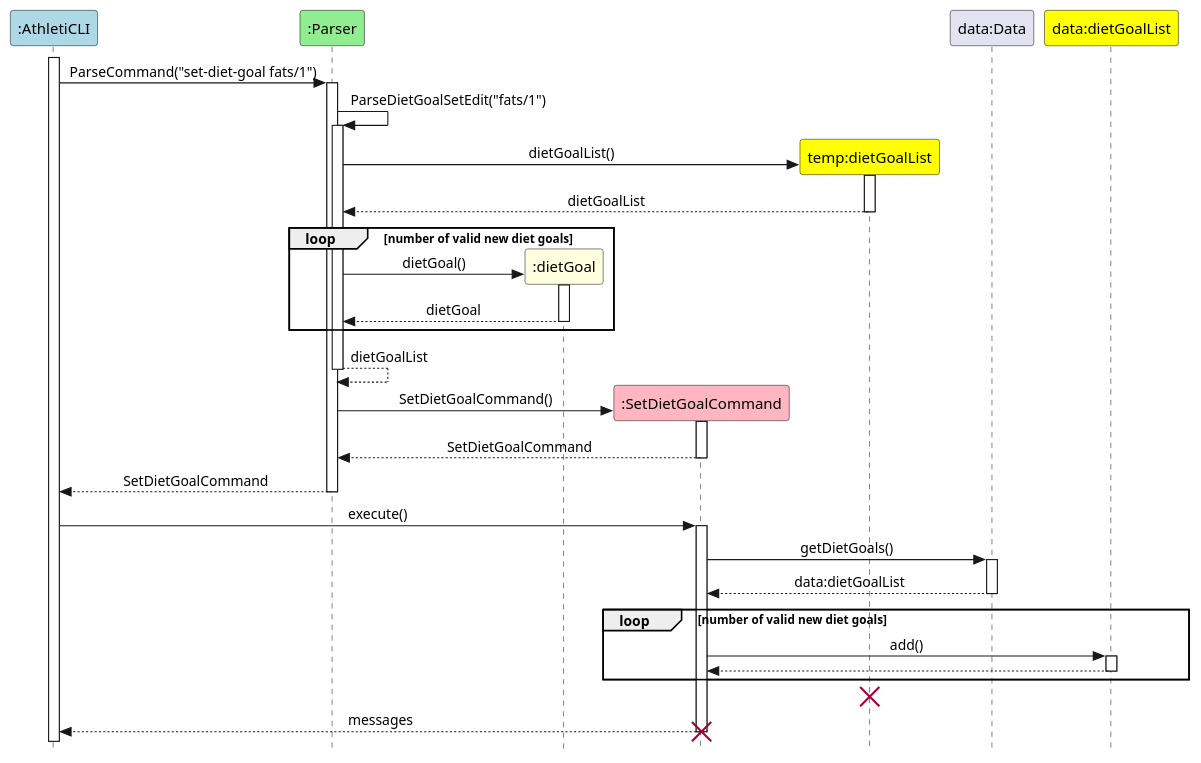
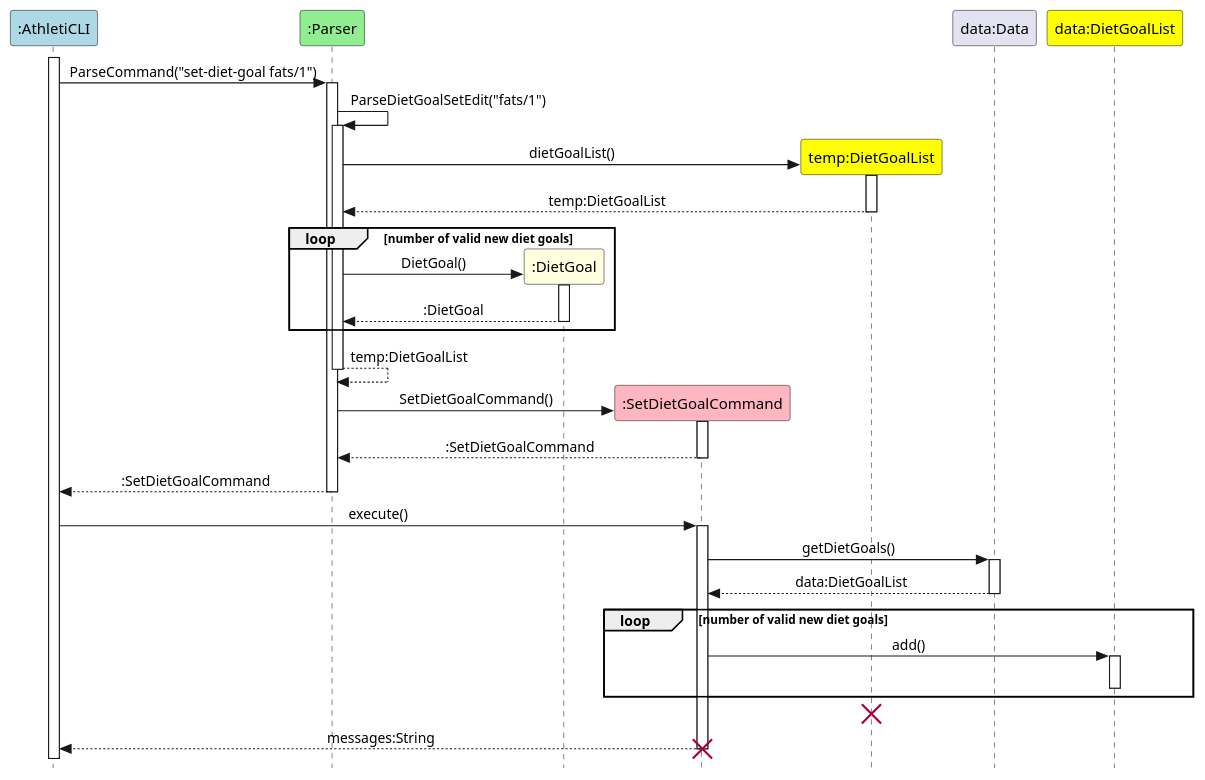
The diagram in docs/puml/DietGoals.puml (AY2324S1-CS2113-T17-1/tp), drawn with PlantUML before and after one commit. The commit also changed 2 other files, not shown here.

Commit message:
Edit errors on UML diagram pointed out by TA and minor edits

```diff
--- a/docs/puml/DietGoals.puml
+++ b/docs/puml/DietGoals.puml
@@ -1,47 +1,50 @@
 @startuml
 'https://plantuml.com/sequence-diagram
 skinparam Style strictuml
 skinparam SequenceMessageAlignment center
 participant ":AthletiCLI" as AthletiCLI #lightblue
 participant ":Parser" as Parser #lightgreen
-participant ":dietGoal" as dietGoal #lightyellow
+participant ":DietGoal" as dietGoal #lightyellow
 participant ":SetDietGoalCommand" as SetDietGoalCommand #lightpink
-participant "temp:dietGoalList" as tempDietGoalList #yellow
+participant "temp:DietGoalList" as tempDietGoalList #yellow
 participant "data:Data" as dataData
-participant "data:dietGoalList" as dataDietGoalList #yellow
+participant "data:DietGoalList" as dataDietGoalList #yellow
 
 
 'autonumber
 AthletiCLI++
 AthletiCLI -> Parser++ : ParseCommand("set-diet-goal fats/1")
 Parser -> Parser++ : ParseDietGoalSetEdit("fats/1")
 create tempDietGoalList
 Parser -> tempDietGoalList++ : dietGoalList()
-tempDietGoalList --> Parser-- : dietGoalList
+tempDietGoalList --> Parser-- : temp:DietGoalList
 
     loop number of valid new diet goals
     create dietGoal
-    Parser -> dietGoal++ : dietGoal()
-    dietGoal --> Parser-- : dietGoal
+    Parser -> dietGoal++ : DietGoal()
+    dietGoal --> Parser-- : :DietGoal
     end
 
-Parser --> Parser-- : dietGoalList
+Parser --> Parser-- : temp:DietGoalList
 create SetDietGoalCommand
 Parser -> SetDietGoalCommand++ : SetDietGoalCommand()
-SetDietGoalCommand --> Parser-- : SetDietGoalCommand
-Parser --> AthletiCLI-- : SetDietGoalCommand
+SetDietGoalCommand --> Parser-- : :SetDietGoalCommand
+Parser --> AthletiCLI-- : :SetDietGoalCommand
 AthletiCLI -> SetDietGoalCommand++ : execute()
 SetDietGoalCommand -> dataData++ : getDietGoals()
-dataData --> SetDietGoalCommand-- : data:dietGoalList
+dataData --> SetDietGoalCommand-- : data:DietGoalList
 
     loop number of valid new diet goals
     SetDietGoalCommand -> dataDietGoalList++ : add()
-    dataDietGoalList --> SetDietGoalCommand--
+
+   dataDietGoalList --
+
+
     end
 
 destroy tempDietGoalList
-SetDietGoalCommand --> AthletiCLI-- : messages
+SetDietGoalCommand --> AthletiCLI-- : messages:String
 
 destroy SetDietGoalCommand
 
 @enduml
```
